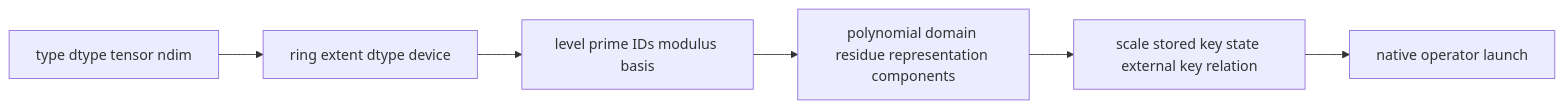
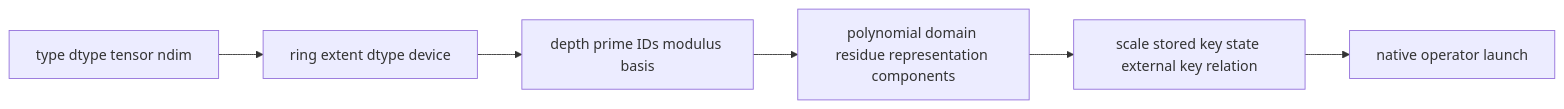
One commit to visualDust/fhelium changed the third of 3 diagrams in docs/concepts/ckks/value-model-and-identity.md. Above: the diagram before and after it, drawn with Mermaid. The commit also changed other lines of this file and 369 other files, not shown here.

````diff
--- a/docs/concepts/ckks/value-model-and-identity.md
+++ b/docs/concepts/ckks/value-model-and-identity.md
@@ -177,10 +177,10 @@
 ```mermaid
 graph LR
     A[type dtype tensor ndim]
     B[ring extent dtype device]
-    C[level prime IDs modulus basis]
+    C[depth prime IDs modulus basis]
     D[polynomial domain residue representation components]
     E[scale stored key state external key relation]
     K[native operator launch]
     A --> B --> C --> D --> E --> K
 ```
````
